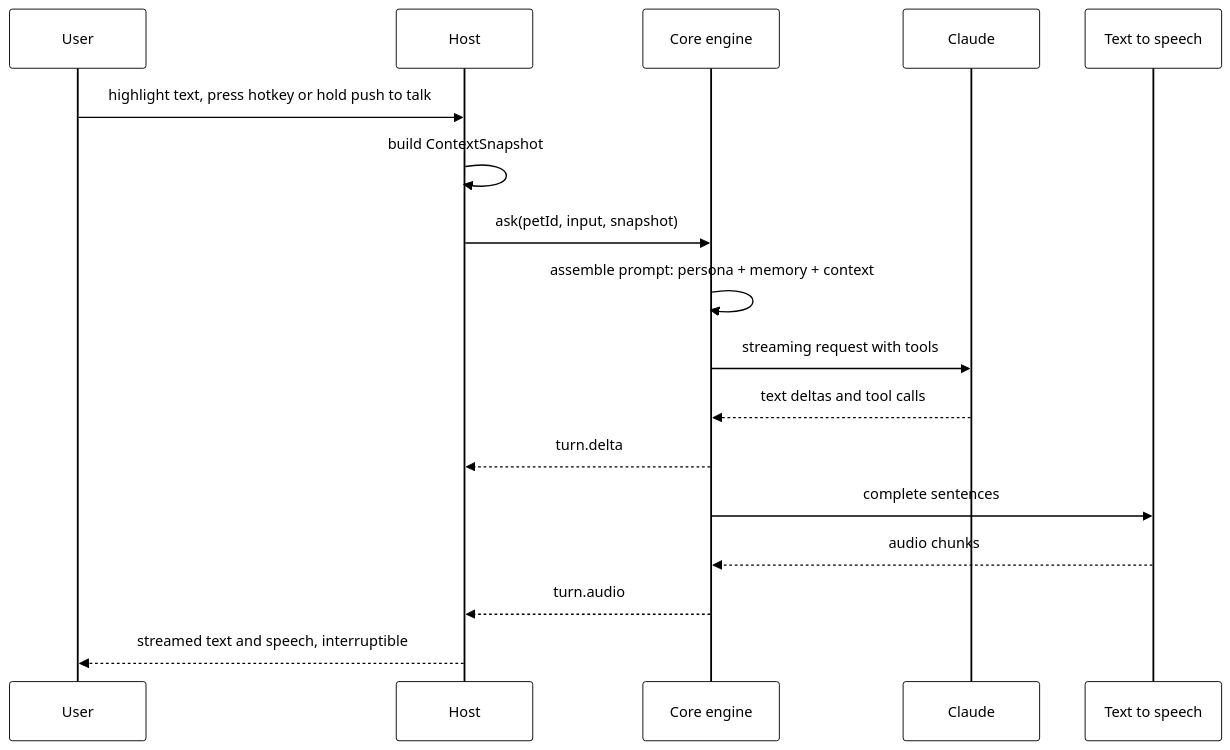
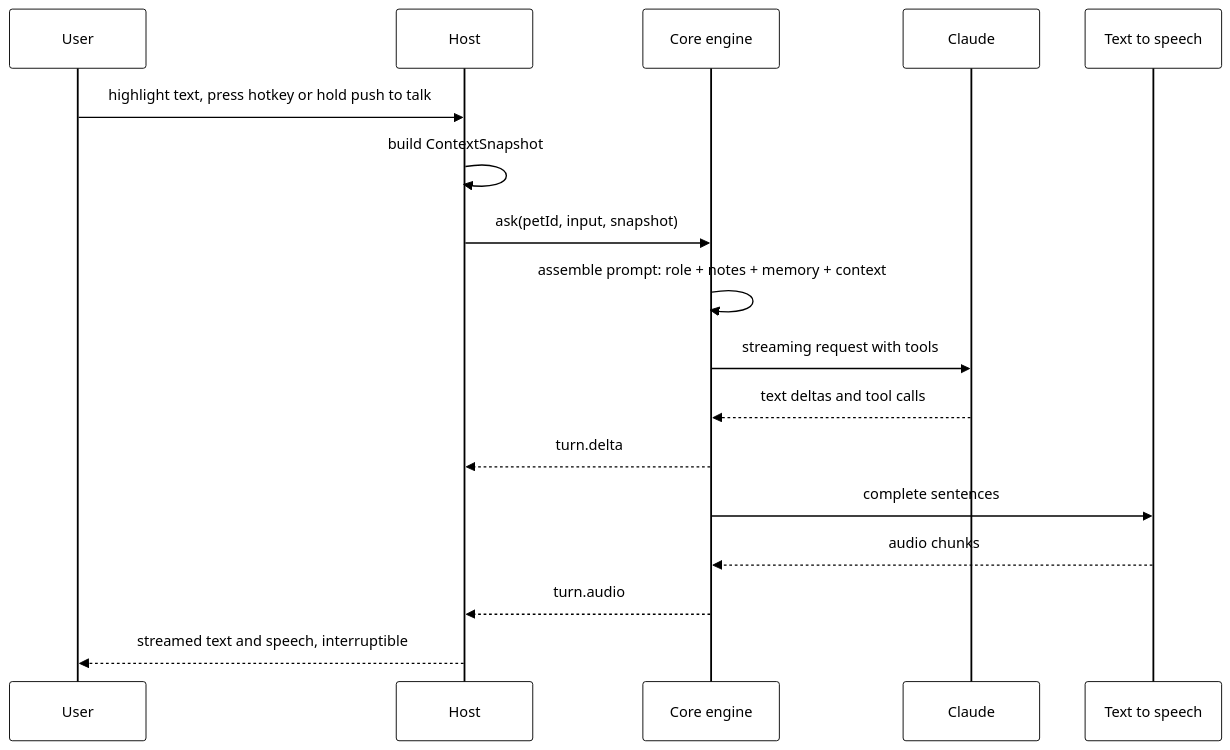
Before and after one commit to nadeem4/tagalong: the third of 6 diagrams in docs/architecture.md, drawn with Mermaid. The commit also changed other lines of this file and 53 other files, not shown here.

````diff
--- a/docs/architecture.md
+++ b/docs/architecture.md
@@ -168,20 +168,20 @@
 ```mermaid
 %%{init: {"theme": "base", "themeVariables": {"primaryColor": "#ffffff", "primaryTextColor": "#000000", "primaryBorderColor": "#000000", "lineColor": "#000000", "actorBkg": "#ffffff", "actorBorder": "#000000", "signalColor": "#000000", "signalTextColor": "#000000", "noteBkgColor": "#ffffff", "noteBorderColor": "#000000"}}}%%
 sequenceDiagram
   participant U as User
   participant H as Host
   participant C as Core engine
   participant A as Claude
   participant T as Text to speech
   U->>H: highlight text, press hotkey or hold push to talk
   H->>H: build ContextSnapshot
   H->>C: ask(petId, input, snapshot)
-  C->>C: assemble prompt: persona + memory + context
+  C->>C: assemble prompt: role + notes + memory + context
   C->>A: streaming request with tools
   A-->>C: text deltas and tool calls
   C-->>H: turn.delta
   C->>T: complete sentences
   T-->>C: audio chunks
   C-->>H: turn.audio
   H-->>U: streamed text and speech, interruptible
 ```
````
